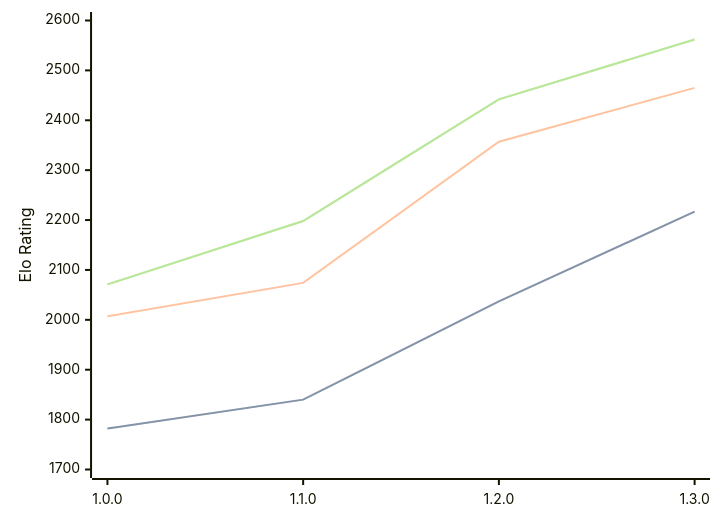
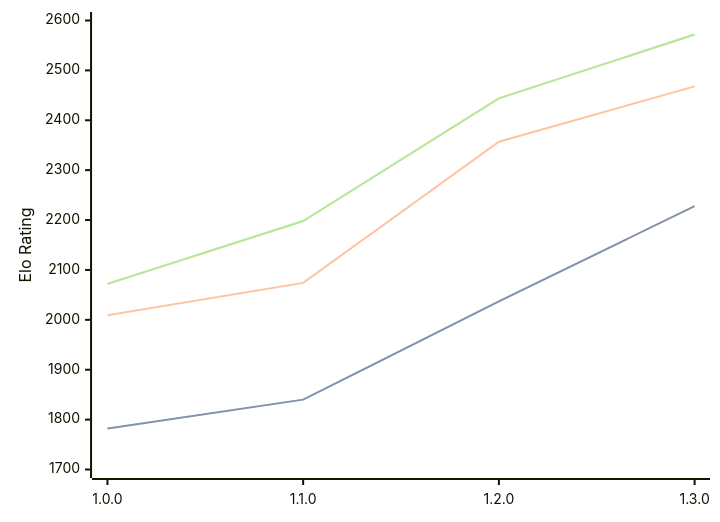
One commit to computer-chess-index/cci changed the diagram in engines/Anodos.md. Above: the diagram before and after it, drawn with Mermaid. The commit also changed other lines of this file, not shown here.

Commit message:
Update CCI Ratings (ELO VLTC) - 2026-02-18

````diff
--- a/engines/Anodos.md
+++ b/engines/Anodos.md
@@ -42,11 +42,11 @@
 ```mermaid
 %%{init: {"theme":"base","themeVariables":{"seriesColors:['#a3a3a3','#222221','#faa371']}}}%%
 xychart-beta
   x-axis ["1.0.0", "1.1.0", "1.2.0", "1.3.0"]
   y-axis "Elo Rating" 1700 --> 2600
-  line "STC (8.0+0.08s)" [1782, 1840, 2037, 2217]
-  line "STC (8.0+0.08s)" [1782, 1840, 2037, 2217]
-  line "LTC (60.0+0.60s)" [2007, 2074, 2357, 2465]
-  line "VLTC (2m24s+1.12s)" [2071, 2198, 2442, 2562]
-  line "VLTC (2m24s+1.12s)" [2071, 2198, 2442, 2562]
+  line "STC (8.0+0.08s)" [1782, 1840, 2037, 2228]
+  line "STC (8.0+0.08s)" [1782, 1840, 2037, 2228]
+  line "LTC (60.0+0.60s)" [2009, 2074, 2357, 2468]
+  line "VLTC (2m24s+1.12s)" [2072, 2198, 2444, 2572]
+  line "VLTC (2m24s+1.12s)" [2072, 2198, 2444, 2572]
 ```
````
